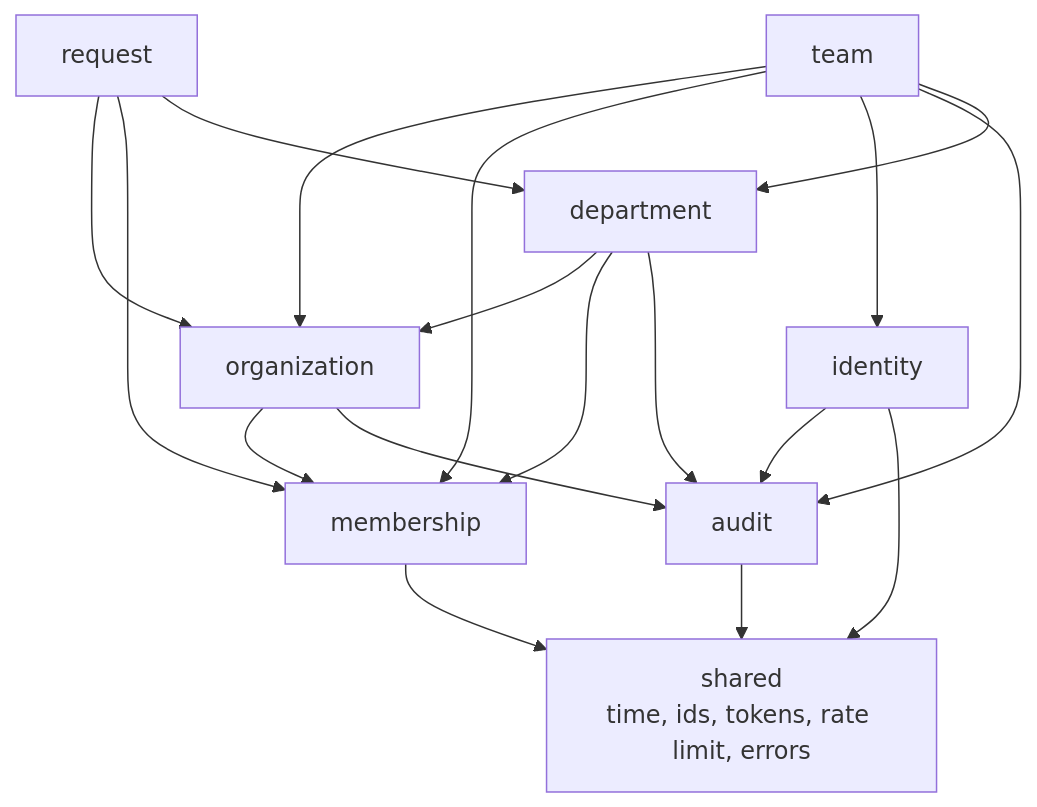
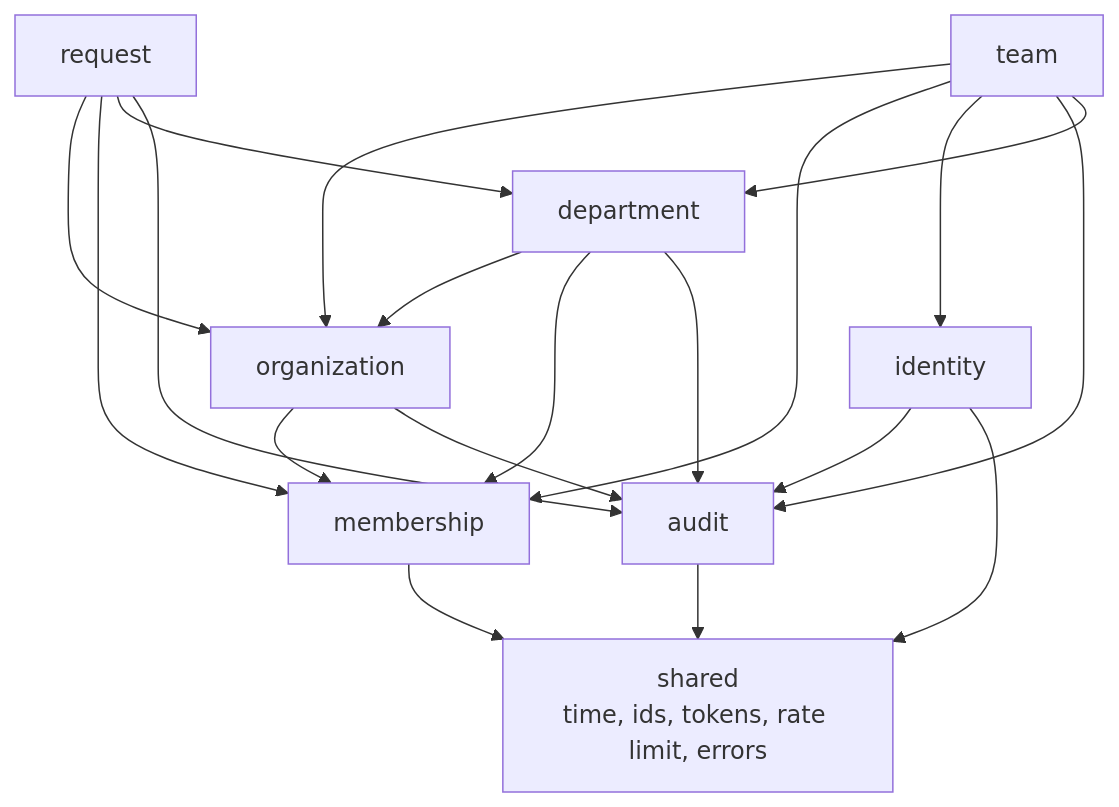
Before and after one commit to youssef-naj/nexus: the second of 2 diagrams in docs/architecture.md, drawn with Mermaid. The commit also changed other lines of this file and 23 other files, not shown here.

````diff
--- a/docs/architecture.md
+++ b/docs/architecture.md
@@ -45,21 +44,22 @@
 ```mermaid
 flowchart TD
   shared["shared<br/>time, ids, tokens, rate limit, errors"]
   audit --> shared
   identity --> audit
   identity --> shared
   membership --> shared
   organization --> membership
   organization --> audit
   department --> organization
   department --> membership
   department --> audit
   request --> organization
   request --> membership
   request --> department
+  request --> audit
   team --> organization
   team --> membership
   team --> identity
   team --> audit
   team --> department
 ```
````
